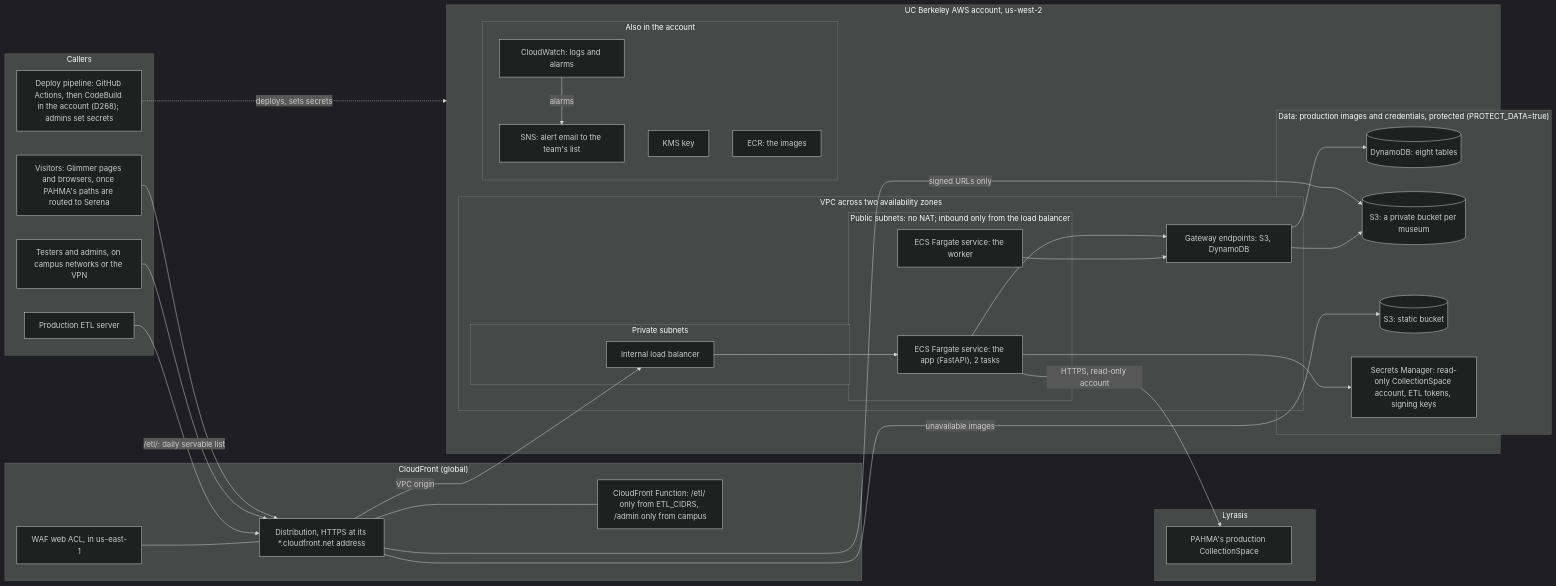
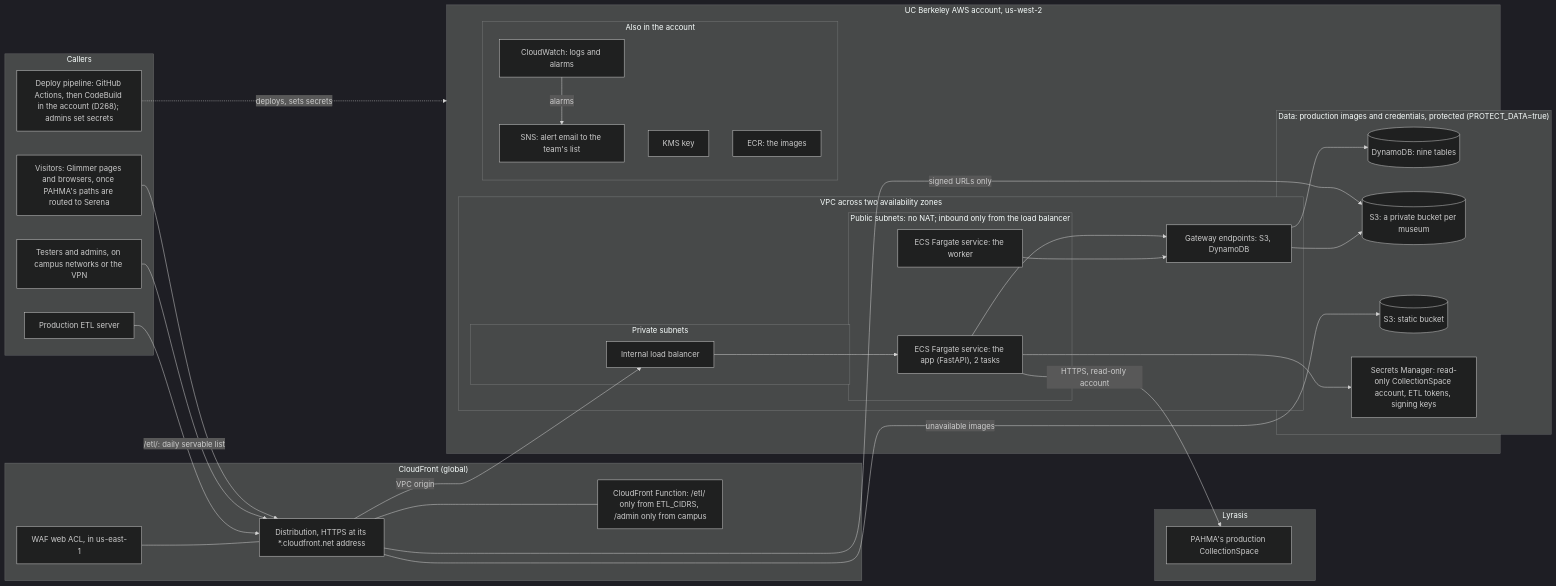
The second of 2 diagrams in deploy/README.md (ets-berkeley-edu/cspace-media-server), drawn with Mermaid (dark theme) before and after one commit. The commit also changed other lines of this file and 1 other file, not shown here.

First line of the commit message:
test(terraform): nine tables, with request-counts (issue #96)

````diff
--- a/deploy/README.md
+++ b/deploy/README.md
@@ -218,62 +218,62 @@
 ```mermaid
 flowchart LR
   subgraph callers["Callers"]
     visitors["Visitors: Glimmer pages and browsers, once PAHMA's paths are routed to Serena"]
     testers["Testers and admins, on campus networks or the VPN"]
     etl["Production ETL server"]
     deployer["Deploy pipeline: GitHub Actions, then CodeBuild in the account (D268); admins set secrets"]
   end
 
   subgraph edge["CloudFront (global)"]
     cf["Distribution, HTTPS at its *.cloudfront.net address"]
     fn["CloudFront Function: /etl/ only from ETL_CIDRS, /admin only from campus"]
     waf["WAF web ACL, in us-east-1"]
   end
 
   subgraph lyrasis["Lyrasis"]
     cspace["PAHMA's production CollectionSpace"]
   end
 
   subgraph account["UC Berkeley AWS account, us-west-2"]
     subgraph vpc["VPC across two availability zones"]
       subgraph private["Private subnets"]
         alb["Internal load balancer"]
       end
       subgraph public["Public subnets: no NAT; inbound only from the load balancer"]
         web["ECS Fargate service: the app (FastAPI), 2 tasks"]
         worker["ECS Fargate service: the worker"]
       end
       gw["Gateway endpoints: S3, DynamoDB"]
     end
     subgraph data["Data: production images and credentials, protected (PROTECT_DATA=true)"]
-      ddb[("DynamoDB: eight tables")]
+      ddb[("DynamoDB: nine tables")]
       museum[("S3: a private bucket per museum")]
       static[("S3: static bucket")]
       secrets["Secrets Manager: read-only CollectionSpace account, ETL tokens, signing keys"]
     end
     subgraph ops["Also in the account"]
       logs["CloudWatch: logs and alarms"]
       sns["SNS: alert email to the team's list"]
       kms["KMS key"]
       ecr["ECR: the images"]
     end
   end
 
   visitors --> cf
   testers --> cf
   etl -->|"/etl/: daily servable list"| cf
   cf --- fn
   waf --- cf
   cf -->|"VPC origin"| alb
   alb --> web
   cf -->|"signed URLs only"| museum
   cf -->|"unavailable images"| static
   web --> gw
   worker --> gw
   gw --> ddb
   gw --> museum
   web --> secrets
   web -->|"HTTPS, read-only account"| cspace
   logs -->|"alarms"| sns
   deployer -.->|"deploys, sets secrets"| account
 ```
````
